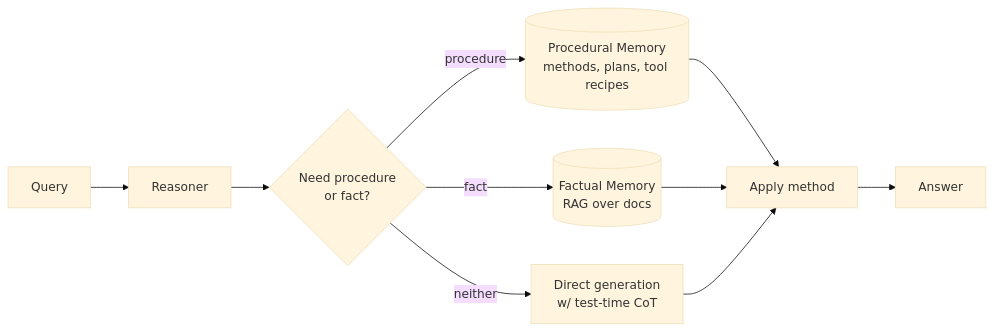
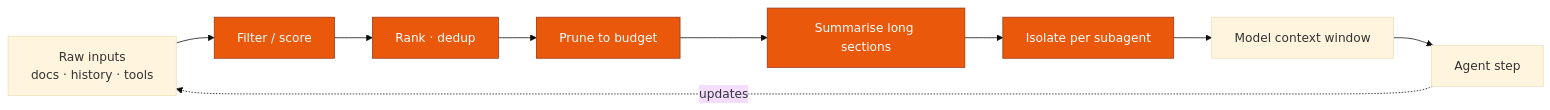
Before and after one commit to voyarchie/llm-updates: the fifth of 6 diagrams in 2026-Apr-30/2026-Apr-30_LLM_updates.md, drawn with Mermaid (base theme). The commit also changed other lines of this file and 1 other file, not shown here.

First line of the commit message:
Refresh 2026-Apr-30 LLM updates: architecture-deep late-night pass

````diff
--- a/2026-Apr-30/2026-Apr-30_LLM_updates.md
+++ b/2026-Apr-30/2026-Apr-30_LLM_updates.md
@@ -269,12 +326,13 @@
 ```mermaid
 flowchart LR
-    Q[Query] --> R[Reasoner]
-    R --> P{Need procedure<br/>or fact?}
-    P -->|procedure| PM[(Procedural Memory<br/>methods, plans, tool recipes)]
-    P -->|fact| FM[(Factual Memory<br/>RAG over docs)]
-    P -->|neither| TT[Direct generation<br/>w/ test-time CoT]
-    PM --> R2[Apply method]
-    FM --> R2
-    TT --> R2
-    R2 --> Out[Answer]
+    Raw[Raw inputs<br/>docs · history · tools] --> F[Filter / score]
+    F --> R[Rank · dedup]
+    R --> P[Prune to budget]
+    P --> S[Summarise long sections]
+    S --> I[Isolate per subagent]
+    I --> M[Model context window]
+    M --> Ag[Agent step]
+    Ag -. updates .-> Raw
+    classDef ce fill:#ea580c,stroke:#9a3412,color:#fff
+    class F,R,P,S,I ce
 ```
````
